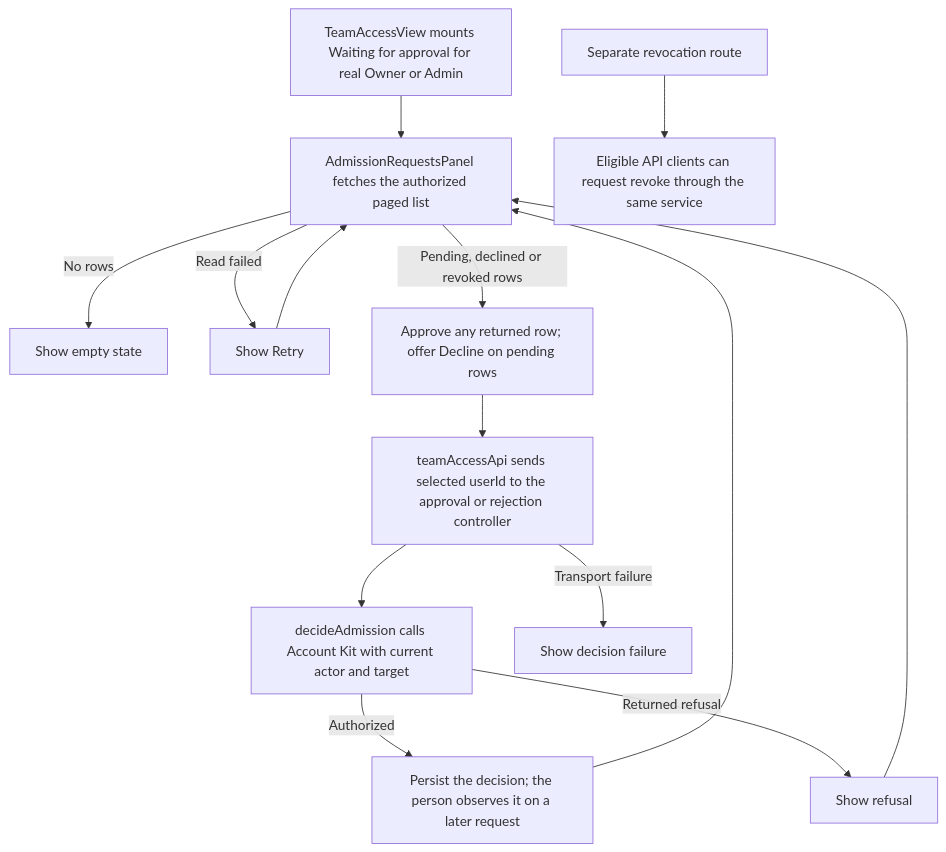
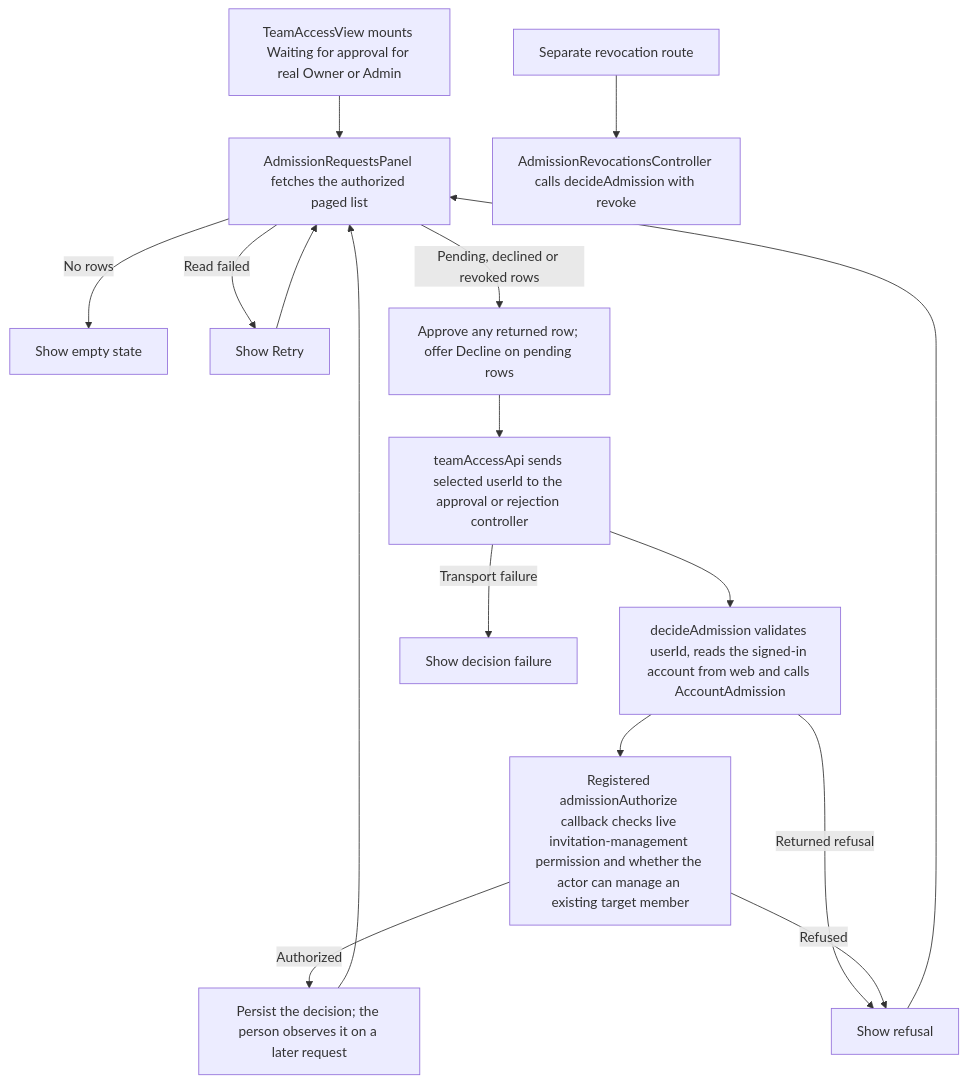
The second of 2 diagrams in user-stories/settings/US-SET-19-company-admission.md (Kevinjohn/capacitylens), drawn with Mermaid before and after one commit. The commit also changed other lines of this file and 26 other files, not shown here.

Commit message:
Refresh the account and planning user stories

````diff
--- a/user-stories/settings/US-SET-19-company-admission.md
+++ b/user-stories/settings/US-SET-19-company-admission.md
@@ -27,16 +27,18 @@
 ```mermaid
 flowchart TD
   team["TeamAccessView mounts Waiting for approval for real Owner or Admin"] --> list["AdmissionRequestsPanel fetches the authorized paged list"]
   list -->|No rows| empty["Show empty state"]
   list -->|Read failed| retry["Show Retry"]
   retry --> list
   list -->|Pending, declined or revoked rows| buttons["Approve any returned row; offer Decline on pending rows"]
   buttons --> submit["teamAccessApi sends selected userId to the approval or rejection controller"]
-  submit --> service["decideAdmission calls Account Kit with current actor and target"]
-  service -->|Authorized| persist["Persist the decision; the person observes it on a later request"]
+  submit --> service["decideAdmission validates userId, reads the signed-in account from web and calls AccountAdmission"]
+  service --> policy["Registered admissionAuthorize callback checks live invitation-management permission and whether the actor can manage an existing target member"]
+  policy -->|Authorized| persist["Persist the decision; the person observes it on a later request"]
   service -->|Returned refusal| error["Show refusal"]
+  policy -->|Refused| error
   error --> list
   persist --> list
   submit -->|Transport failure| uncertain["Show decision failure"]
-  retained["Separate revocation route"] --> api["Eligible API clients can request revoke through the same service"]
+  retained["Separate revocation route"] --> api["AdmissionRevocationsController calls decideAdmission with revoke"]
 ```
````
